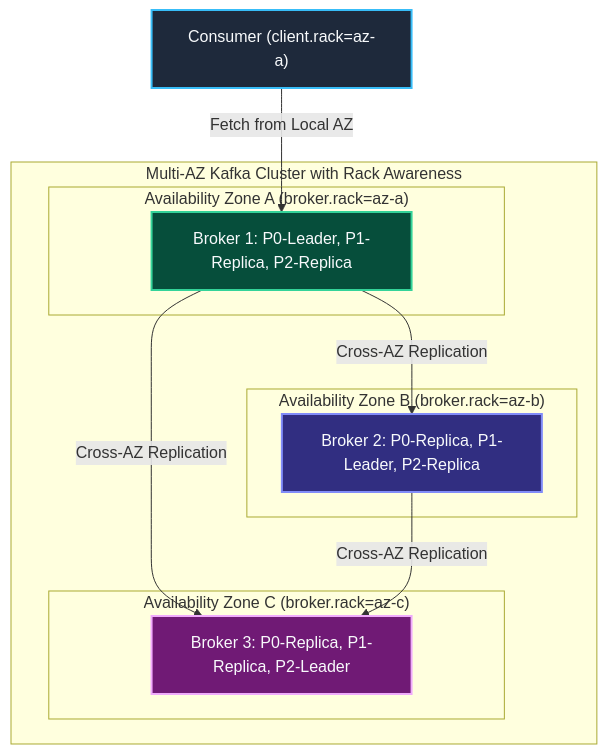
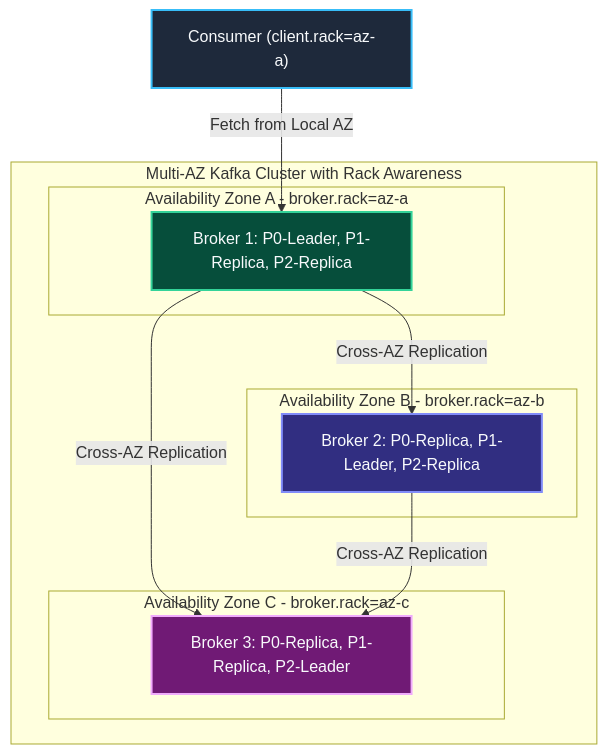
One commit to Chief-Strategist-J/llm-obs-infra changed diagram 35 of 48 in docs/configDoc/kafka-configuration-guide.md. Above: the diagram before and after it, drawn with Mermaid. The commit also changed other lines of this file, not shown here.

Commit message:
fix(docs): resolve all Mermaid diagram syntax and layout rendering issues in kafka configuration guide

````diff
--- a/docs/configDoc/kafka-configuration-guide.md
+++ b/docs/configDoc/kafka-configuration-guide.md
@@ -2707,25 +2723,25 @@
 ```mermaid
 graph TD
     subgraph RackAwareCluster ["Multi-AZ Kafka Cluster with Rack Awareness"]
-        subgraph AZA ["Availability Zone A (broker.rack=az-a)"]
+        subgraph AZA ["Availability Zone A - broker.rack=az-a"]
             Broker1["Broker 1: P0-Leader, P1-Replica, P2-Replica"]
         end
-        subgraph AZB ["Availability Zone B (broker.rack=az-b)"]
+        subgraph AZB ["Availability Zone B - broker.rack=az-b"]
             Broker2["Broker 2: P0-Replica, P1-Leader, P2-Replica"]
         end
-        subgraph AZC ["Availability Zone C (broker.rack=az-c)"]
+        subgraph AZC ["Availability Zone C - broker.rack=az-c"]
             Broker3["Broker 3: P0-Replica, P1-Replica, P2-Leader"]
         end
     end
 
     Broker1 -->|Cross-AZ Replication| Broker2
     Broker1 -->|Cross-AZ Replication| Broker3
     Broker2 -->|Cross-AZ Replication| Broker3
 
     Consumer1["Consumer (client.rack=az-a)"] -->|Fetch from Local AZ| Broker1
 
     style Broker1 fill:#064e3b,stroke:#34d399,stroke-width:2px,color:#f8fafc
     style Broker2 fill:#312e81,stroke:#818cf8,stroke-width:2px,color:#f8fafc
     style Broker3 fill:#701a75,stroke:#f0abfc,stroke-width:2px,color:#f8fafc
     style Consumer1 fill:#1e293b,stroke:#38bdf8,stroke-width:2px,color:#f8fafc
 ```
````
